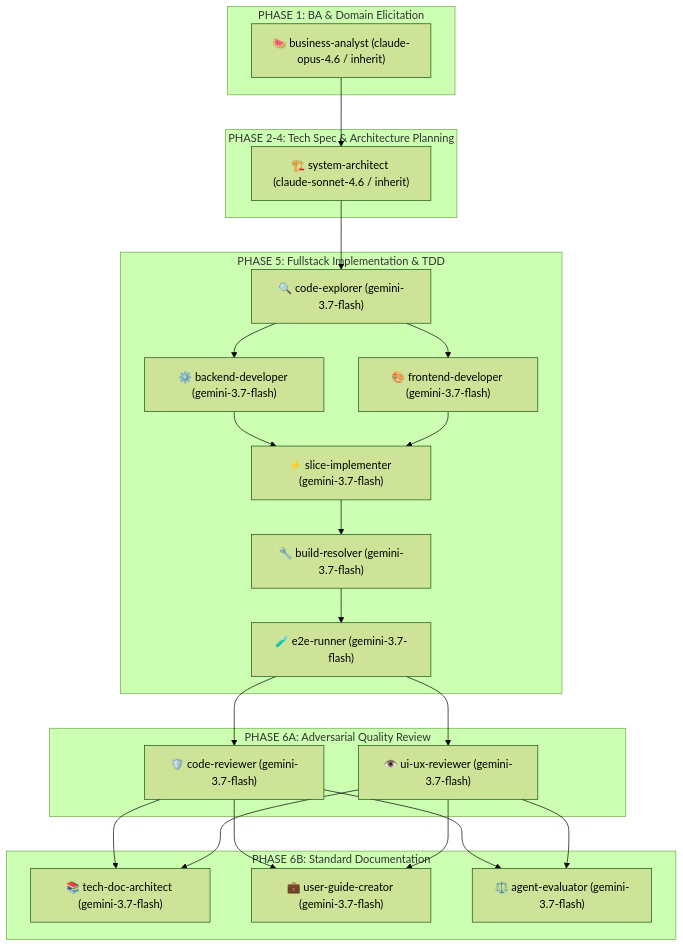
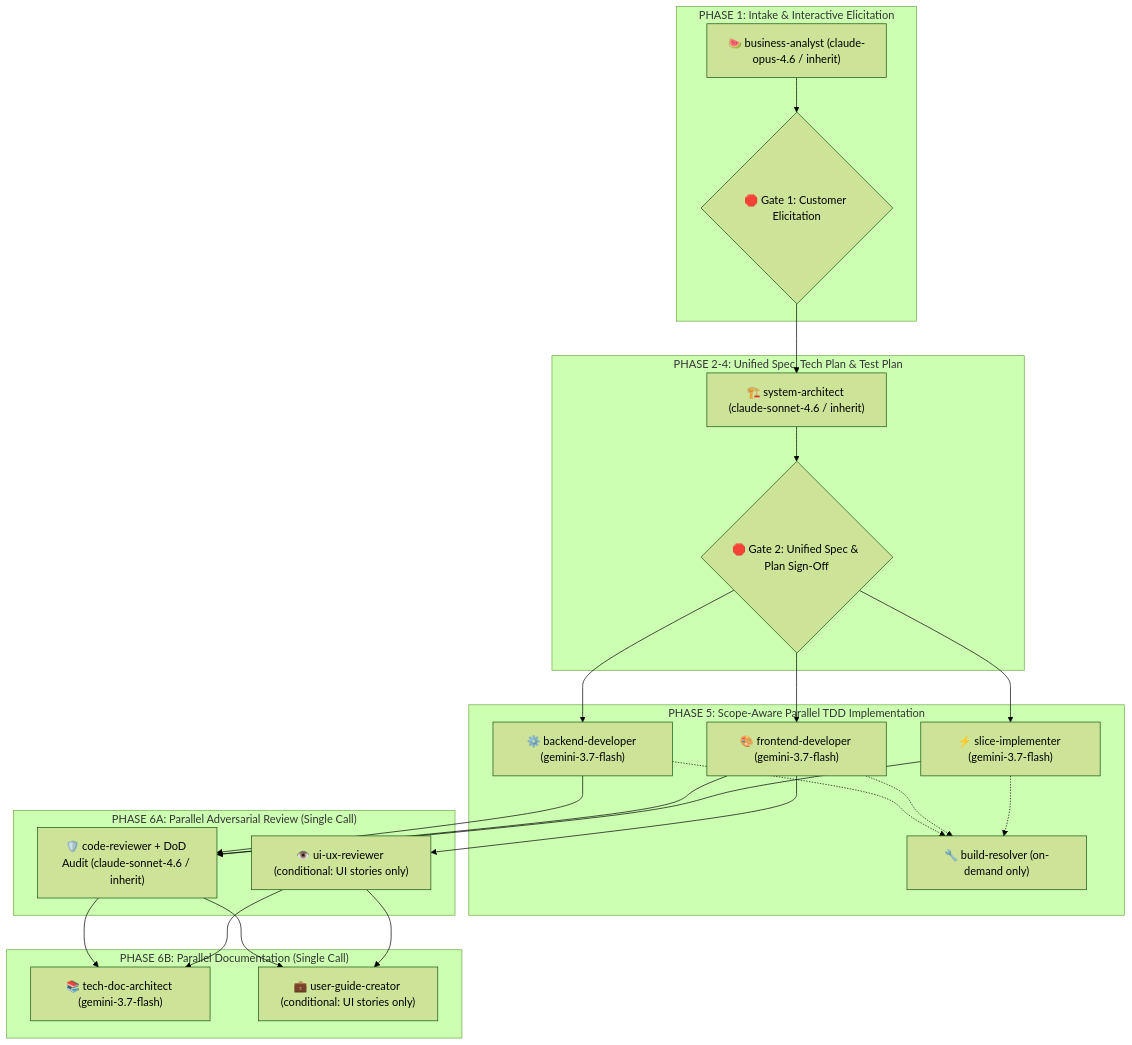
One commit to ahauy/WordStreak changed the diagram in .agents/skills/wordstreak-workflow/SKILL.md. Above: the diagram before and after it, drawn with Mermaid (forest theme). The commit also changed other lines of this file and 4 other files, not shown here.

````diff
--- a/.agents/skills/wordstreak-workflow/SKILL.md
+++ b/.agents/skills/wordstreak-workflow/SKILL.md
@@ -33,48 +33,47 @@
 ```mermaid
 graph TD
-    subgraph P1 ["PHASE 1: BA & Domain Elicitation"]
+    subgraph P1 ["PHASE 1: Intake & Interactive Elicitation"]
         BA["🍉 business-analyst (claude-opus-4.6 / inherit)"]
+        G1{"🛑 Gate 1: Customer Elicitation"}
+        BA --> G1
     end
 
-    subgraph P2 ["PHASE 2-4: Tech Spec & Architecture Planning"]
+    subgraph P2 ["PHASE 2-4: Unified Spec, Tech Plan & Test Plan"]
         SA["🏗️ system-architect (claude-sonnet-4.6 / inherit)"]
+        G2{"🛑 Gate 2: Unified Spec & Plan Sign-Off"}
+        G1 --> SA --> G2
     end
 
-    subgraph P5 ["PHASE 5: Fullstack Implementation & TDD"]
-        CE["🔍 code-explorer (gemini-3.7-flash)"]
+    subgraph P5 ["PHASE 5: Scope-Aware Parallel TDD Implementation"]
         BE["⚙️ backend-developer (gemini-3.7-flash)"]
         FE["🎨 frontend-developer (gemini-3.7-flash)"]
         SI["⚡ slice-implementer (gemini-3.7-flash)"]
-        BR["🔧 build-resolver (gemini-3.7-flash)"]
-        E2E["🧪 e2e-runner (gemini-3.7-flash)"]
+        BR["🔧 build-resolver (on-demand only)"]
 
-        CE --> BE
-        CE --> FE
-        BE --> SI
-        FE --> SI
-        SI --> BR
-        BR --> E2E
+        G2 --> BE
+        G2 --> FE
+        G2 --> SI
+        BE -.-> BR
+        FE -.-> BR
+        SI -.-> BR
     end
 
-    subgraph P6A ["PHASE 6A: Adversarial Quality Review"]
-        CR["🛡️ code-reviewer (gemini-3.7-flash)"]
-        UR["👁️ ui-ux-reviewer (gemini-3.7-flash)"]
+    subgraph P6A ["PHASE 6A: Parallel Adversarial Review (Single Call)"]
+        CR["🛡️ code-reviewer + DoD Audit (claude-sonnet-4.6 / inherit)"]
+        UR["👁️ ui-ux-reviewer (conditional: UI stories only)"]
     end
 
-    subgraph P6B ["PHASE 6B: Standard Documentation"]
+    subgraph P6B ["PHASE 6B: Parallel Documentation (Single Call)"]
         TD["📚 tech-doc-architect (gemini-3.7-flash)"]
-        UG["💼 user-guide-creator (gemini-3.7-flash)"]
-        AE["⚖️ agent-evaluator (gemini-3.7-flash)"]
+        UG["💼 user-guide-creator (conditional: UI stories only)"]
     end
 
-    BA --> SA
-    SA --> CE
-    E2E --> CR
-    E2E --> UR
+    BE --> CR
+    FE --> CR
+    SI --> CR
+    FE --> UR
     CR --> TD
     CR --> UG
-    CR --> AE
     UR --> TD
     UR --> UG
-    UR --> AE
 ```
````
